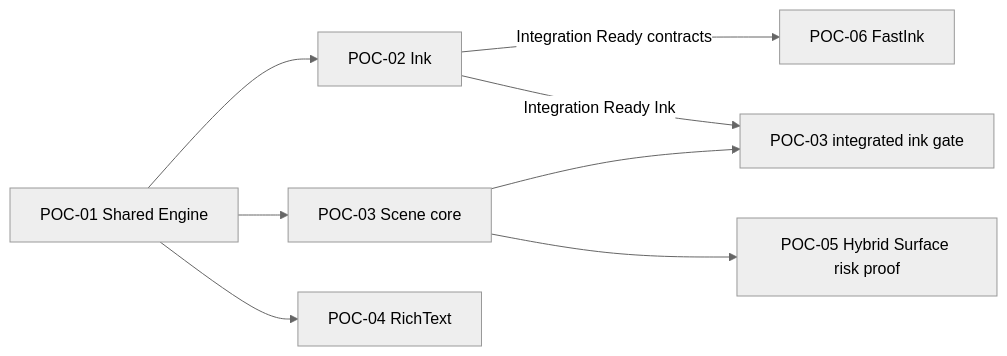
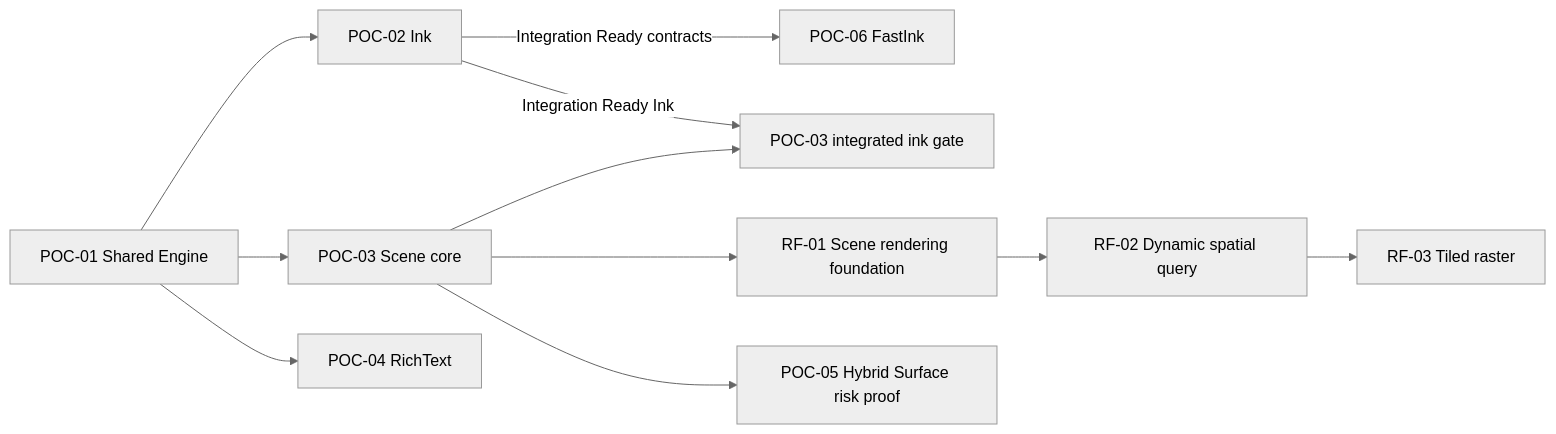
One commit to Mostorm-Labs/Axiom changed the second of 2 diagrams in docs/PROJECT_FRAMEWORK.md. Above: the diagram before and after it, drawn with Mermaid (neutral theme). The commit also changed other lines of this file and 19 other files, not shown here.

Commit message:
docs: establish POC-03 and runtime architecture baseline

````diff
--- a/docs/PROJECT_FRAMEWORK.md
+++ b/docs/PROJECT_FRAMEWORK.md
@@ -439,10 +476,13 @@
 ```mermaid
 flowchart LR
   P1["POC-01 Shared Engine"] --> P2["POC-02 Ink"]
   P1 --> P3["POC-03 Scene core"]
   P1 --> P4["POC-04 RichText"]
   P2 -->|"Integration Ready contracts"| P6["POC-06 FastInk"]
   P2 -->|"Integration Ready Ink"| P3Gate["POC-03 integrated ink gate"]
   P3 --> P3Gate
+  P3 --> RF1["RF-01 Scene rendering foundation"]
+  RF1 --> RF2["RF-02 Dynamic spatial query"]
+  RF2 --> RF3["RF-03 Tiled raster"]
   P3 --> P5["POC-05 Hybrid Surface risk proof"]
 ```
````
